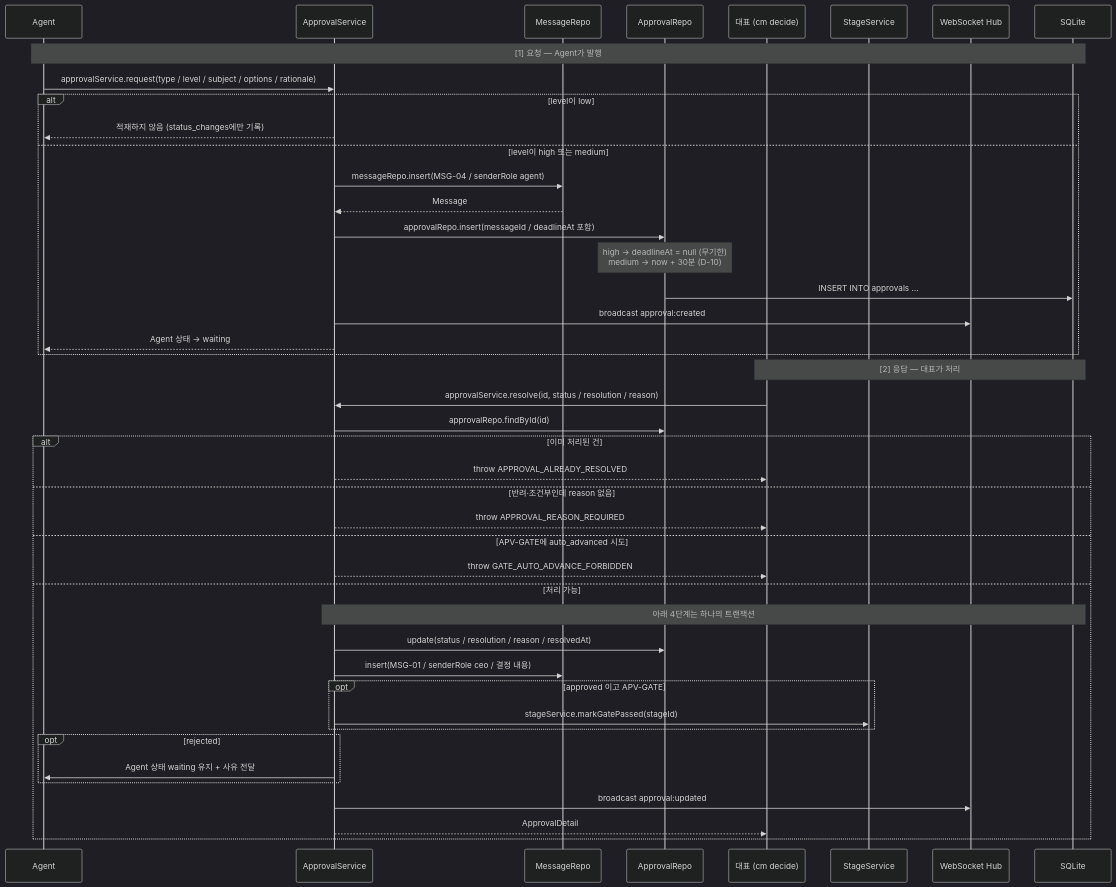
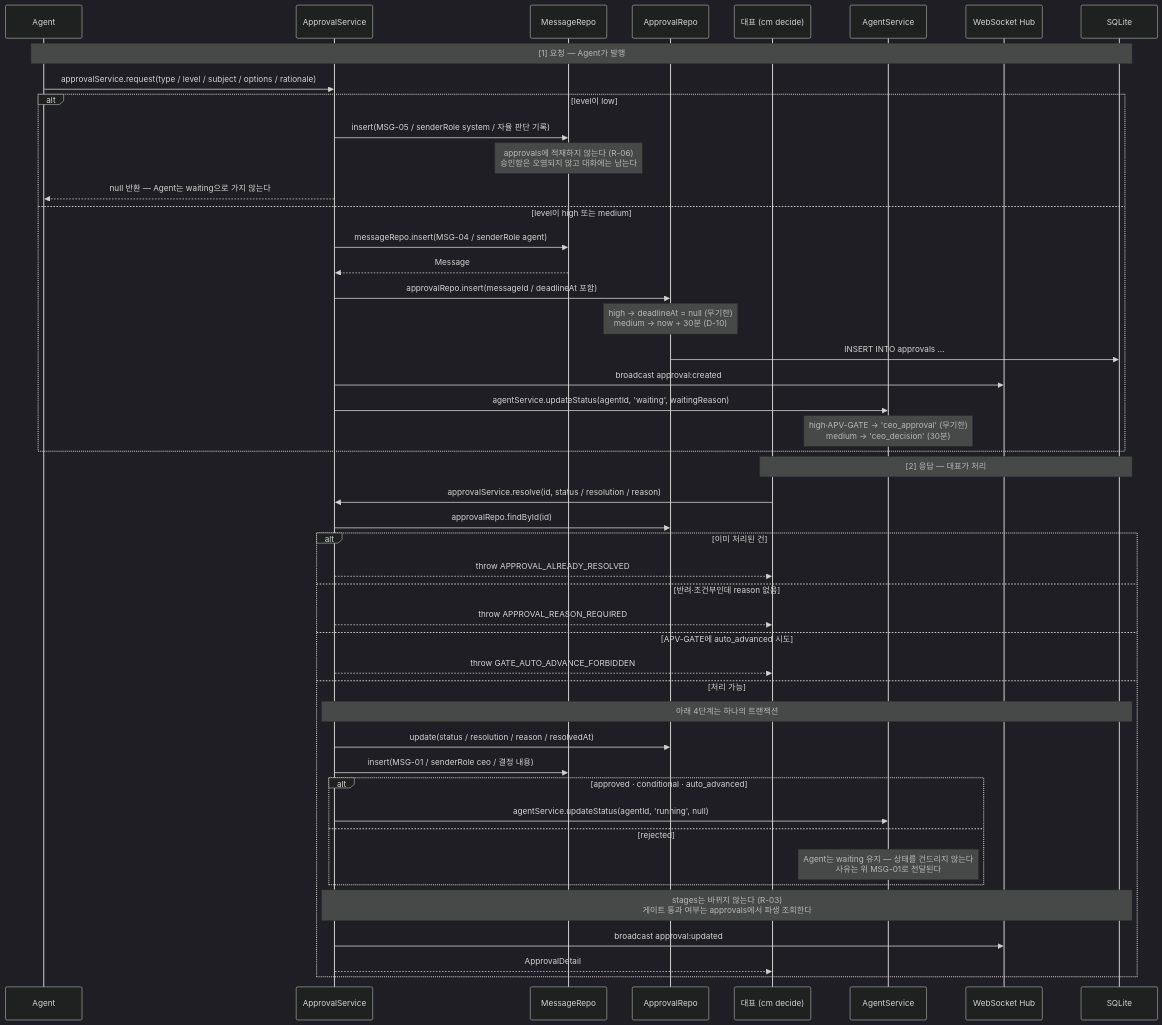
One commit to AI-Agent-Jeon/ClaudeManager-v2 changed diagram 16 of 19 in docs/design/des-004-sequence-dataflow.md. Above: the diagram before and after it, drawn with Mermaid (dark theme). The commit also changed other lines of this file and 10 other files, not shown here.

````diff
--- a/docs/design/des-004-sequence-dataflow.md
+++ b/docs/design/des-004-sequence-dataflow.md
@@ -1131,48 +1149,51 @@
 ```mermaid
 sequenceDiagram
     participant AG as Agent
     participant AS as ApprovalService
     participant MR as MessageRepo
     participant AR as ApprovalRepo
     participant CEO as 대표 (cm decide)
-    participant SS as StageService
+    participant AGS as AgentService
     participant WS as WebSocket Hub
     participant DB as SQLite
 
     Note over AG,DB: [1] 요청 — Agent가 발행
     AG->>AS: approvalService.request(type / level / subject / options / rationale)
     alt level이 low
-        AS-->>AG: 적재하지 않음 (status_changes에만 기록)
+        AS->>MR: insert(MSG-05 / senderRole system / 자율 판단 기록)
+        Note over MR: approvals에 적재하지 않는다 (R-06)<br>승인함은 오염되지 않고 대화에는 남는다
+        AS-->>AG: null 반환 — Agent는 waiting으로 가지 않는다
     else level이 high 또는 medium
         AS->>MR: messageRepo.insert(MSG-04 / senderRole agent)
         MR-->>AS: Message
         AS->>AR: approvalRepo.insert(messageId / deadlineAt 포함)
         Note over AR: high → deadlineAt = null (무기한)<br>medium → now + 30분 (D-10)
         AR->>DB: INSERT INTO approvals …
         AS->>WS: broadcast approval:created
-        AS-->>AG: Agent 상태 → waiting
+        AS->>AGS: agentService.updateStatus(agentId, 'waiting', waitingReason)
+        Note over AGS: high·APV-GATE → 'ceo_approval' (무기한)<br>medium → 'ceo_decision' (30분)
     end
 
     Note over CEO,DB: [2] 응답 — 대표가 처리
     CEO->>AS: approvalService.resolve(id, status / resolution / reason)
     AS->>AR: approvalRepo.findById(id)
     alt 이미 처리된 건
         AS-->>CEO: throw APPROVAL_ALREADY_RESOLVED
     else 반려·조건부인데 reason 없음
         AS-->>CEO: throw APPROVAL_REASON_REQUIRED
     else APV-GATE에 auto_advanced 시도
         AS-->>CEO: throw GATE_AUTO_ADVANCE_FORBIDDEN
     else 처리 가능
         Note over AS,DB: 아래 4단계는 하나의 트랜잭션
         AS->>AR: update(status / resolution / reason / resolvedAt)
         AS->>MR: insert(MSG-01 / senderRole ceo / 결정 내용)
-        opt approved 이고 APV-GATE
-            AS->>SS: stageService.markGatePassed(stageId)
+        alt approved · conditional · auto_advanced
+            AS->>AGS: agentService.updateStatus(agentId, 'running', null)
+        else rejected
+            Note over AGS: Agent는 waiting 유지 — 상태를 건드리지 않는다<br>사유는 위 MSG-01로 전달된다
         end
-        opt rejected
-            AS->>AG: Agent 상태 waiting 유지 + 사유 전달
-        end
+        Note over AS,DB: stages는 바뀌지 않는다 (R-03)<br>게이트 통과 여부는 approvals에서 파생 조회한다
         AS->>WS: broadcast approval:updated
         AS-->>CEO: ApprovalDetail
     end
 ```
````
